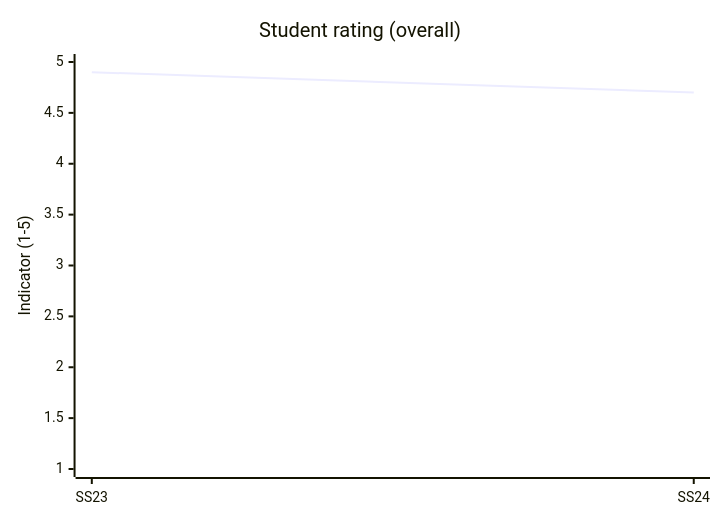
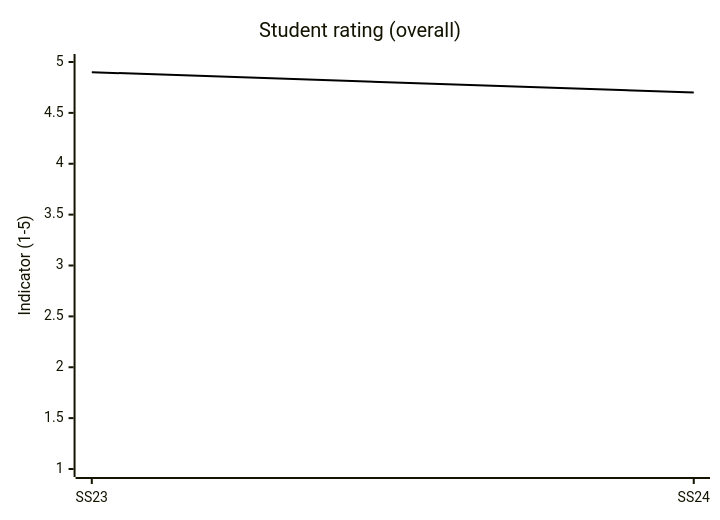
The first of 2 diagrams in docs/evaluations.md (digital-work-lab/digital-work-lecture), drawn with Mermaid before and after one commit. The commit also changed other lines of this file, not shown here.

````diff
--- a/docs/evaluations.md
+++ b/docs/evaluations.md
@@ -24,7 +24,8 @@
 ```mermaid
+%%{init: { "themeVariables": {"xyChart": {"plotColorPalette": "#000000", "plotLineWidth": 4} } }}%%
 xychart-beta
     title "Student rating (overall)"
     x-axis [SS23, SS24]
     y-axis "Indicator (1-5)" 1 --> 5
     line [4.9, 4.7]
 ```
````
